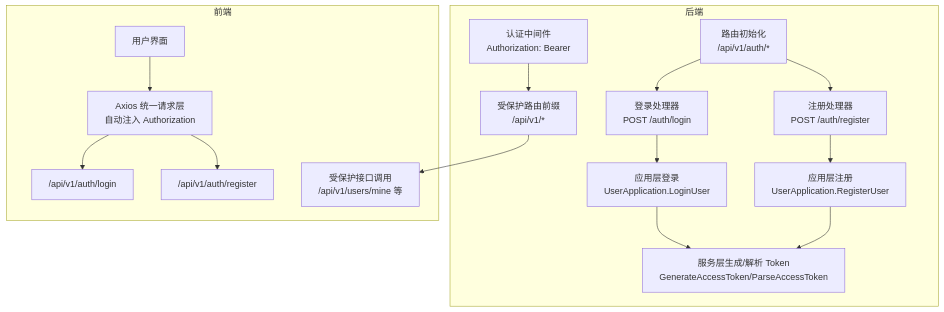
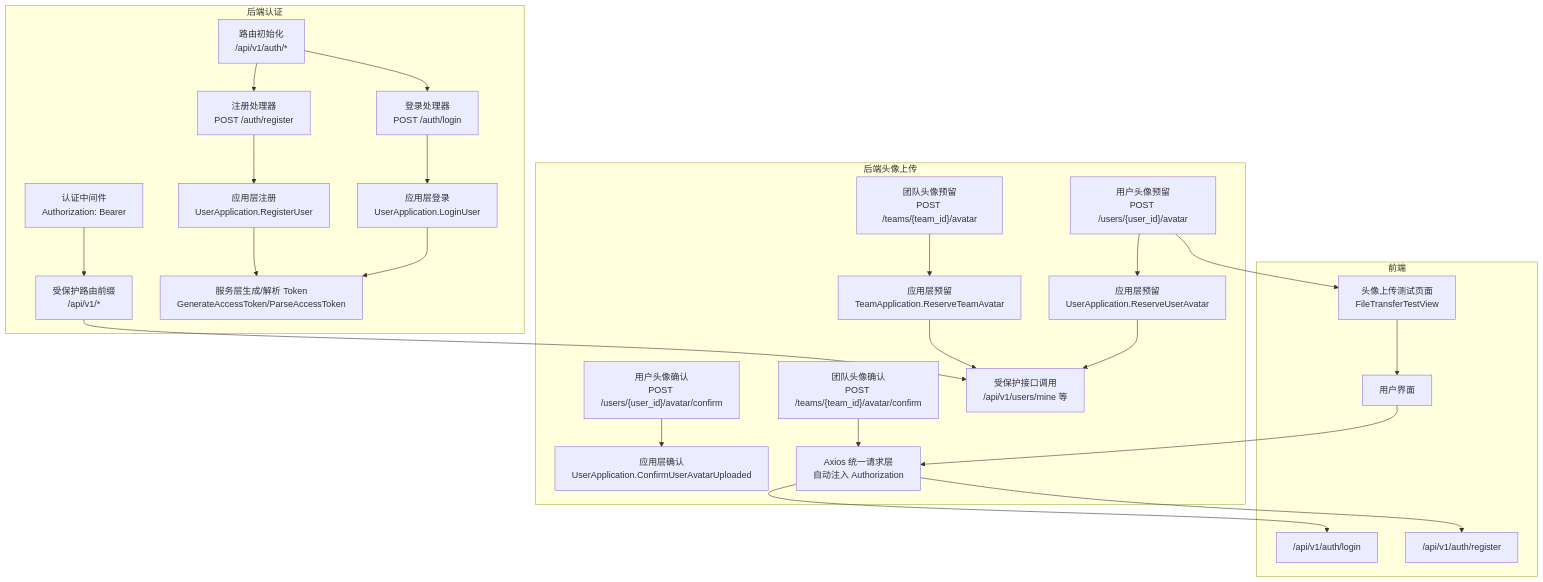
The first of 4 diagrams in .qoder/repowiki/zh/content/API 接口文档/认证接口.md (ATOMLubover/poprako), drawn with Mermaid before and after one commit. The commit also changed other lines of this file and 5 other files, not shown here.

````diff
--- a/.qoder/repowiki/zh/content/API 接口文档/认证接口.md
+++ b/.qoder/repowiki/zh/content/API 接口文档/认证接口.md
@@ -44,18 +52,28 @@
 ```mermaid
 graph TB
-subgraph "后端"
+subgraph "后端认证"
 A["路由初始化<br/>/api/v1/auth/*"] --> B["登录处理器<br/>POST /auth/login"]
 A --> C["注册处理器<br/>POST /auth/register"]
 D["认证中间件<br/>Authorization: Bearer"] --> E["受保护路由前缀<br/>/api/v1/*"]
 B --> F["应用层登录<br/>UserApplication.LoginUser"]
 C --> G["应用层注册<br/>UserApplication.RegisterUser"]
 F --> H["服务层生成/解析 Token<br/>GenerateAccessToken/ParseAccessToken"]
 G --> H
 end
+subgraph "后端头像上传"
+I["用户头像预留<br/>POST /users/{user_id}/avatar"] --> J["应用层预留<br/>UserApplication.ReserveUserAvatar"]
+K["用户头像确认<br/>POST /users/{user_id}/avatar/confirm"] --> L["应用层确认<br/>UserApplication.ConfirmUserAvatarUploaded"]
+M["团队头像预留<br/>POST /teams/{team_id}/avatar"] --> N["应用层预留<br/>TeamApplication.ReserveTeamAvatar"]
+O["团队头像确认<br/>POST /teams/{team_id}/avatar/confirm"] --> P["应用层确认<br/>TeamApplication.ConfirmTeamAvatarUploaded"]
+J --> Q["OSS服务生成预签名URL"]
+N --> Q
+end
 subgraph "前端"
 U["用户界面"] --> P["Axios 统一请求层<br/>自动注入 Authorization"]
 P --> R["/api/v1/auth/login"]
 P --> S["/api/v1/auth/register"]
 E --> Q["受保护接口调用<br/>/api/v1/users/mine 等"]
+I --> T["头像上传测试页面<br/>FileTransferTestView"]
+T --> U
 end
 ```
````
